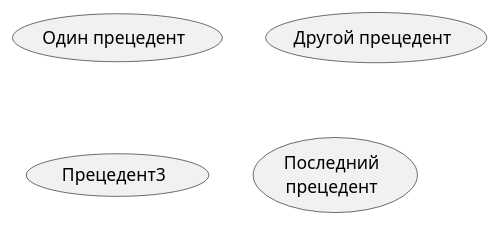
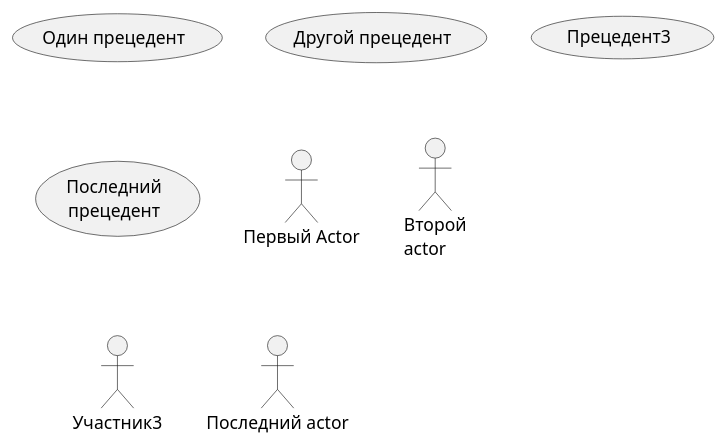
One commit to coolkrya/repa changed the diagram in fu.wsd. Above: the diagram before and after it, drawn with PlantUML.

```diff
--- a/fu.wsd
+++ b/fu.wsd
@@ -1,8 +1,14 @@
 @startuml Example
 
 (Один прецедент)
 (Другой прецедент) as (UC2)
 usecase Прецедент3
 usecase (Последний\nпрецедент) as UC4
 
+
+:Первый Actor:
+:Второй\nactor: as Участник2
+actor Участник3
+actor :Последний actor: as Участник4
+
 @enduml
```
